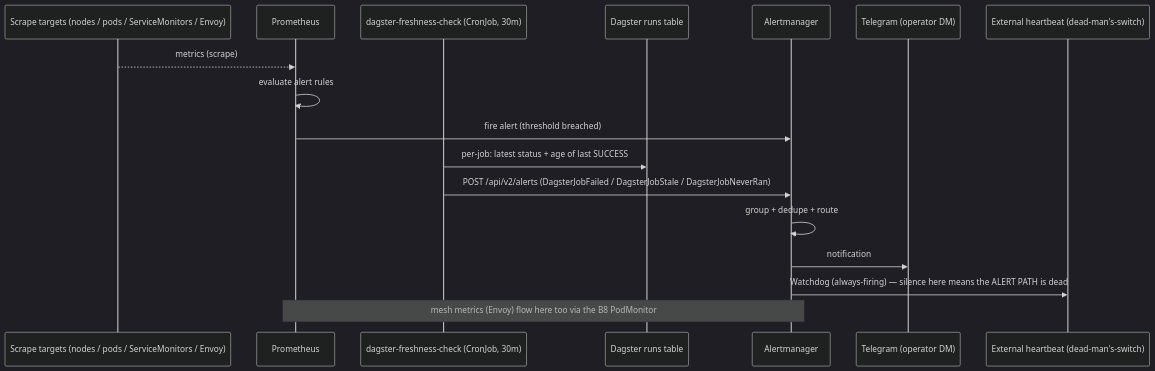
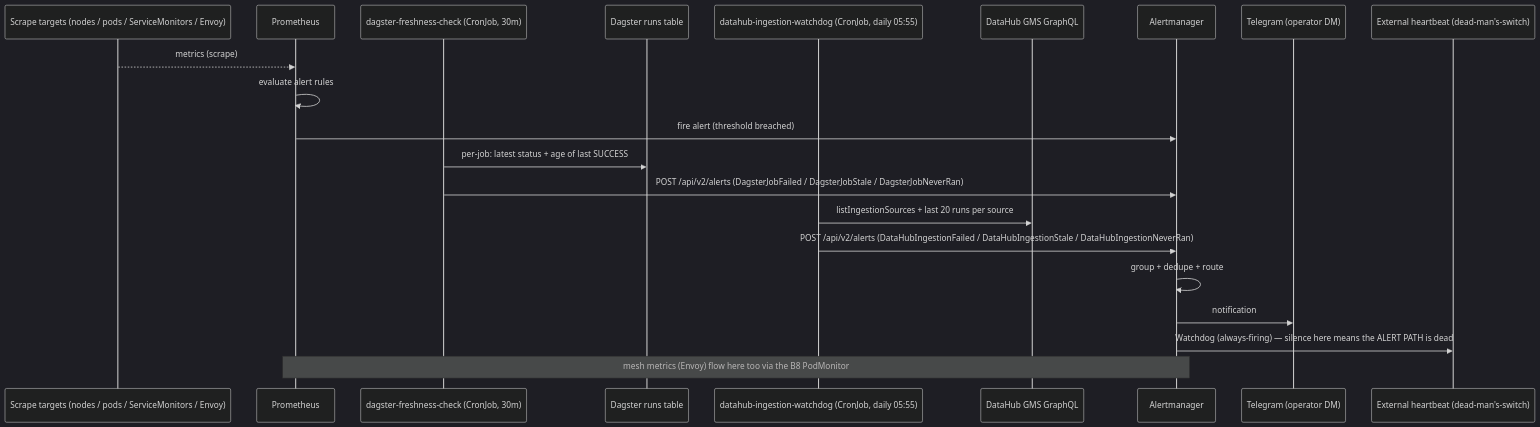
Before and after one commit to edtbl76/weyland-lab: the diagram in docs/diagrams/flow-alerting.md, drawn with Mermaid (dark theme). The commit also changed other lines of this file and 2 other files, not shown here.

First line of the commit message:
Add `binfmt-support.service` to monitored placements and integrate DataHub ingestion watchdog alerts

````diff
--- a/docs/diagrams/flow-alerting.md
+++ b/docs/diagrams/flow-alerting.md
@@ -6,19 +6,23 @@
 ```mermaid
 sequenceDiagram
     participant Tgt as Scrape targets (nodes / pods / ServiceMonitors / Envoy)
     participant Pr as Prometheus
     participant WD as dagster-freshness-check (CronJob, 30m)
     participant PGD as Dagster runs table
+    participant DW as datahub-ingestion-watchdog (CronJob, daily 05:55)
+    participant GMS as DataHub GMS GraphQL
     participant AM as Alertmanager
     participant Tg as Telegram (operator DM)
     participant HC as External heartbeat (dead-man's-switch)
     Tgt-->>Pr: metrics (scrape)
     Pr->>Pr: evaluate alert rules
     Pr->>AM: fire alert (threshold breached)
     WD->>PGD: per-job: latest status + age of last SUCCESS
     WD->>AM: POST /api/v2/alerts (DagsterJobFailed / DagsterJobStale / DagsterJobNeverRan)
+    DW->>GMS: listIngestionSources + last 20 runs per source
+    DW->>AM: POST /api/v2/alerts (DataHubIngestionFailed / DataHubIngestionStale / DataHubIngestionNeverRan)
     AM->>AM: group + dedupe + route
     AM->>Tg: notification
     AM->>HC: Watchdog (always-firing) — silence here means the ALERT PATH is dead
     Note over Pr,AM: mesh metrics (Envoy) flow here too via the B8 PodMonitor
 ```
````
